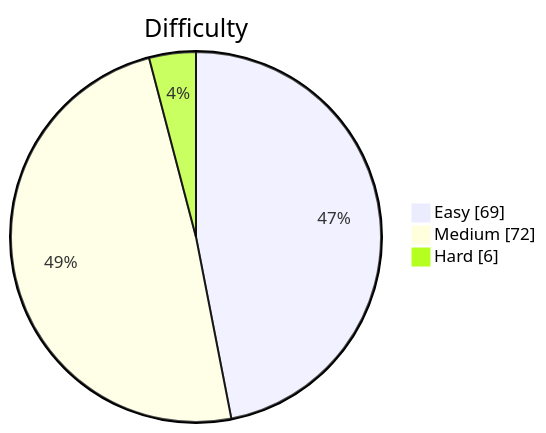
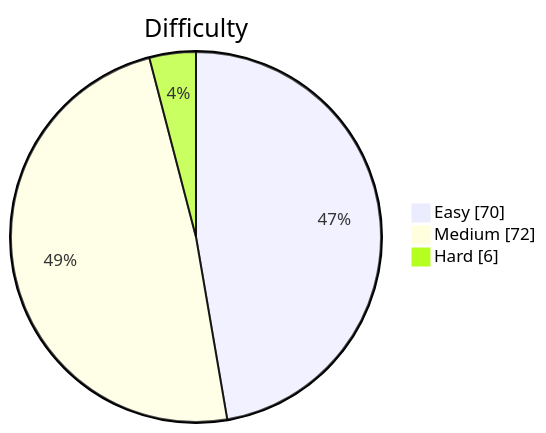
One commit to kevstevie/python-algo-practice changed the diagram in README.md. Above: the diagram before and after it, drawn with Mermaid. The commit also changed other lines of this file, not shown here.

````diff
--- a/README.md
+++ b/README.md
@@ -13,7 +13,7 @@
 ```mermaid
 pie showData
     title Difficulty
-    "Easy"   : 69
+    "Easy"   : 70
     "Medium" : 72
     "Hard"   : 6
 ```
````
